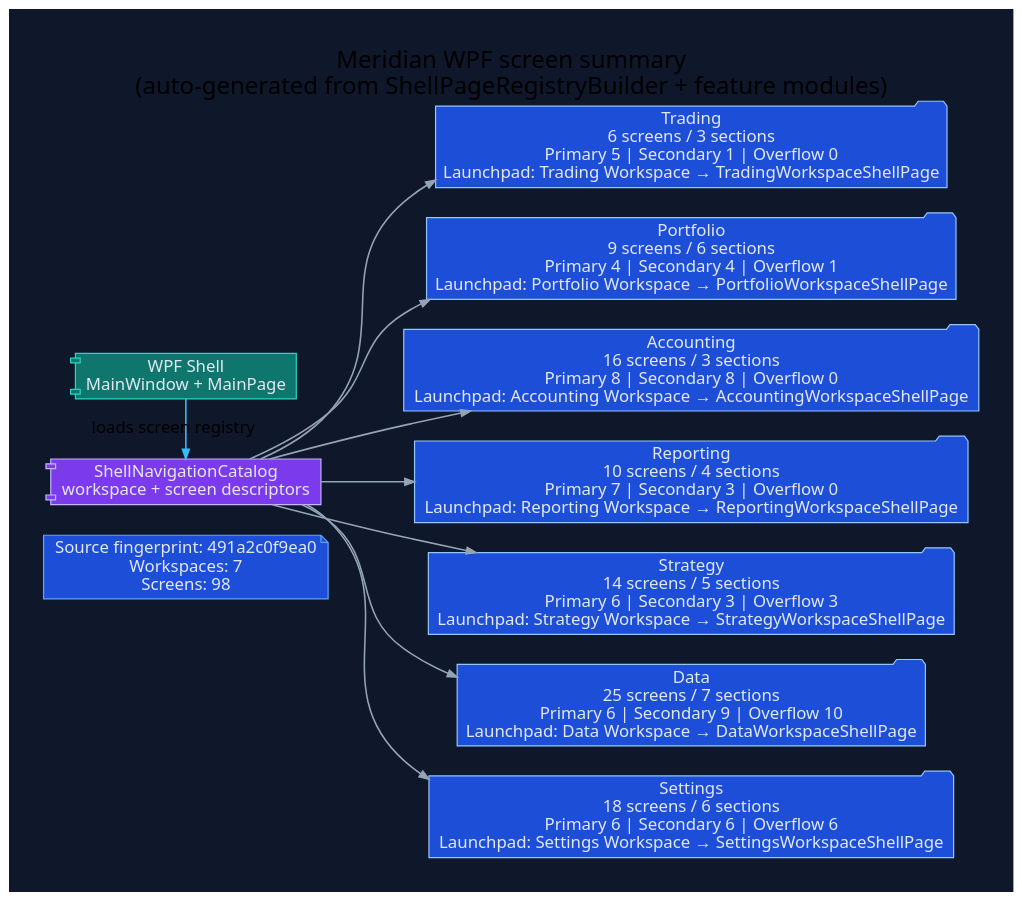
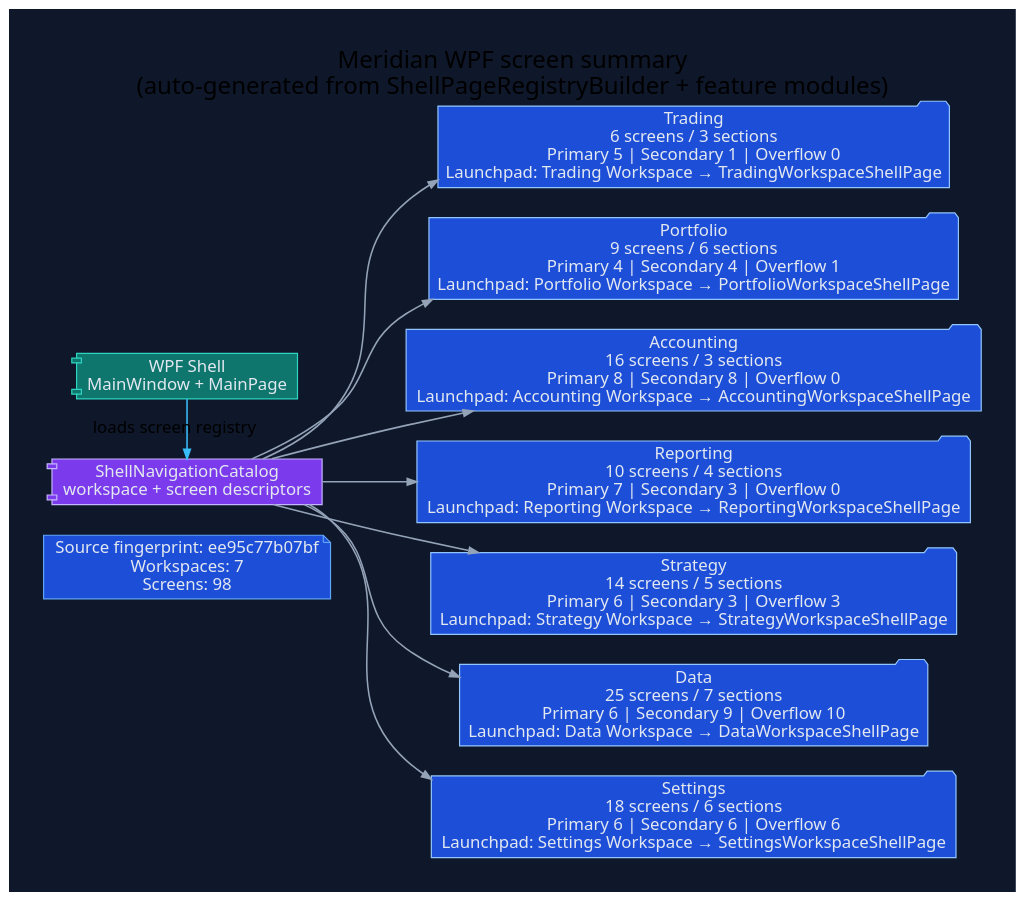
Before and after one commit to rodoHasArrived/Meridian-main: the diagram in docs/diagrams/ui-wpf-screen-summary.dot, drawn with Graphviz. The commit also changed 21 other files, not shown here.

Commit message:
Refresh WPF diagrams for OAuth startup changes

```diff
--- a/docs/diagrams/ui-wpf-screen-summary.dot
+++ b/docs/diagrams/ui-wpf-screen-summary.dot
@@ -1,42 +1,42 @@
 // -----------------------------------------------------------------------------
 // <auto-generated>
 // Generated by scripts/generate-diagrams.mjs.
 // Do not edit this file directly; update the WPF source files instead.
 // -----------------------------------------------------------------------------
 digraph WpfScreenSummary {
   graph [
     rankdir=LR,
     labelloc=t,
     label="Meridian WPF screen summary\n(auto-generated from ShellPageRegistryBuilder + feature modules)",
     fontname="Segoe UI",
     fontsize=20,
     pad=0.4,
     nodesep=0.35,
     ranksep=0.85,
     bgcolor="#0f172a"
   ];
   node [fontname="Segoe UI", shape=box, style="rounded,filled", color="#475569", fontcolor="#e2e8f0", fillcolor="#1e293b"];
   edge [fontname="Segoe UI", color="#94a3b8", penwidth=1.3, arrowsize=0.8];
 
-  generated [shape=note, fillcolor="#1d4ed8", color="#60a5fa", label="Source fingerprint: 491a2c0f9ea0\nWorkspaces: 7\nScreens: 98"];
+  generated [shape=note, fillcolor="#1d4ed8", color="#60a5fa", label="Source fingerprint: ee95c77b07bf\nWorkspaces: 7\nScreens: 98"];
   shell [shape=component, fillcolor="#0f766e", color="#2dd4bf", label="WPF Shell\nMainWindow + MainPage"];
   catalog [shape=component, fillcolor="#7c3aed", color="#c4b5fd", label="ShellNavigationCatalog\nworkspace + screen descriptors"];
   shell -> catalog [label="loads screen registry", color="#38bdf8"];
 
   workspace_1 [shape=folder, fillcolor="#1d4ed8", color="#93c5fd", label="Trading\n6 screens / 3 sections\nPrimary 5 | Secondary 1 | Overflow 0\nLaunchpad: Trading Workspace → TradingWorkspaceShellPage"];
   catalog -> workspace_1;
   workspace_2 [shape=folder, fillcolor="#1d4ed8", color="#93c5fd", label="Portfolio\n9 screens / 6 sections\nPrimary 4 | Secondary 4 | Overflow 1\nLaunchpad: Portfolio Workspace → PortfolioWorkspaceShellPage"];
   catalog -> workspace_2;
   workspace_3 [shape=folder, fillcolor="#1d4ed8", color="#93c5fd", label="Accounting\n16 screens / 3 sections\nPrimary 8 | Secondary 8 | Overflow 0\nLaunchpad: Accounting Workspace → AccountingWorkspaceShellPage"];
   catalog -> workspace_3;
   workspace_4 [shape=folder, fillcolor="#1d4ed8", color="#93c5fd", label="Reporting\n10 screens / 4 sections\nPrimary 7 | Secondary 3 | Overflow 0\nLaunchpad: Reporting Workspace → ReportingWorkspaceShellPage"];
   catalog -> workspace_4;
   workspace_5 [shape=folder, fillcolor="#1d4ed8", color="#93c5fd", label="Strategy\n14 screens / 5 sections\nPrimary 6 | Secondary 3 | Overflow 3\nLaunchpad: Strategy Workspace → StrategyWorkspaceShellPage"];
   catalog -> workspace_5;
   workspace_6 [shape=folder, fillcolor="#1d4ed8", color="#93c5fd", label="Data\n25 screens / 7 sections\nPrimary 6 | Secondary 9 | Overflow 10\nLaunchpad: Data Workspace → DataWorkspaceShellPage"];
   catalog -> workspace_6;
   workspace_7 [shape=folder, fillcolor="#1d4ed8", color="#93c5fd", label="Settings\n18 screens / 6 sections\nPrimary 6 | Secondary 6 | Overflow 6\nLaunchpad: Settings Workspace → SettingsWorkspaceShellPage"];
   catalog -> workspace_7;
 
   { rank=min; generated; shell; catalog; }
 }
```
